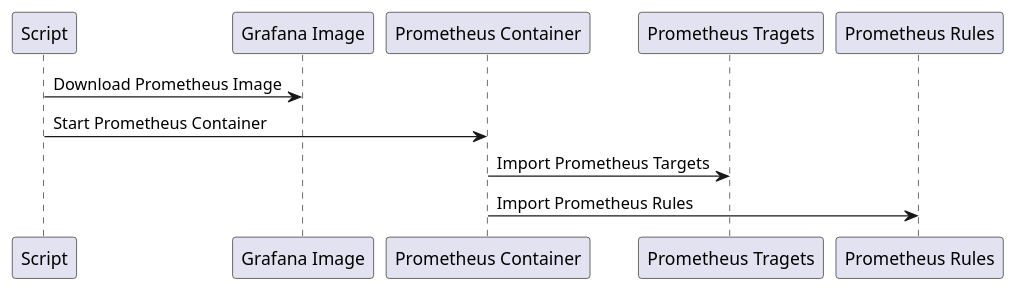
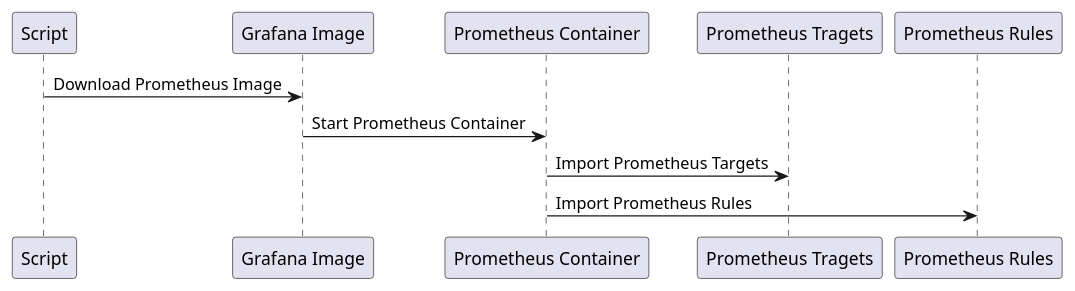
One commit to blro-ep/ITCNE23-SEM-III changed the fourth of 5 diagrams in Sequenzdiagramm.puml. Above: the diagram before and after it, drawn with PlantUML. The commit also changed other lines of this file and 1 other file, not shown here.

Commit message:
update sequenzdiagramms

```diff
--- a/Sequenzdiagramm.puml
+++ b/Sequenzdiagramm.puml
@@ -44,12 +44,12 @@
 @startuml Prometheus
 participant "Script" as Script
 participant "Grafana Image" as Image
 participant "Prometheus Container" as Container
 participant "Prometheus Tragets" as Datasource
 participant "Prometheus Rules" as Rules
 
 Script -> Image: Download Prometheus Image
-Script -> Container: Start Prometheus Container
+Image -> Container: Start Prometheus Container
 Container -> Datasource: Import Prometheus Targets
 Container -> Rules: Import Prometheus Rules
 @enduml
```
